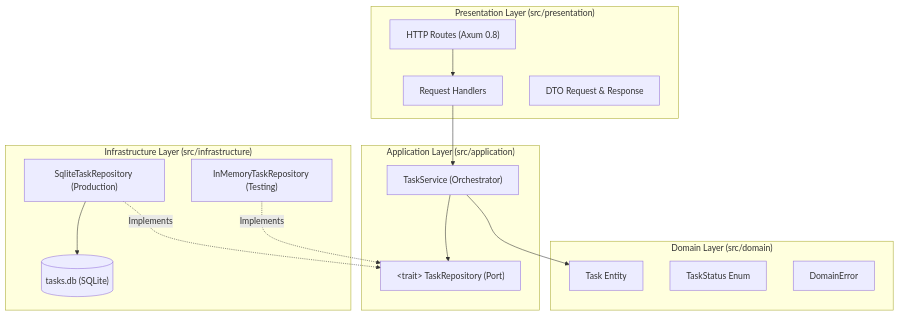
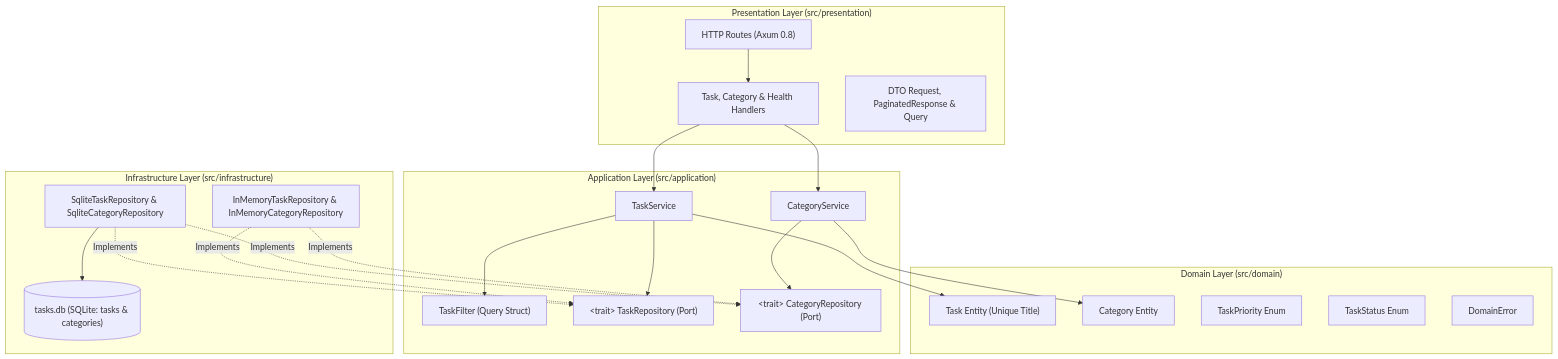
The diagram in DOCS/WORKFLOW.md (BoloTechno/rustapi), drawn with Mermaid before and after one commit. The commit also changed 40 other files, not shown here.

````diff
--- a/DOCS/WORKFLOW.md
+++ b/DOCS/WORKFLOW.md
@@ -11,33 +11,44 @@
 ```mermaid
 graph TD
     subgraph Presentation ["Presentation Layer (src/presentation)"]
         Routes["HTTP Routes (Axum 0.8)"]
-        Handlers["Request Handlers"]
-        DTO["DTO Request & Response"]
+        Handlers["Task, Category & Health Handlers"]
+        DTO["DTO Request, PaginatedResponse & Query"]
     end
 
     subgraph Application ["Application Layer (src/application)"]
-        TaskService["TaskService (Orchestrator)"]
+        TaskService["TaskService"]
+        CategoryService["CategoryService"]
+        TaskFilterStruct["TaskFilter (Query Struct)"]
         TaskRepositoryPort["&lt;trait&gt; TaskRepository (Port)"]
+        CategoryRepositoryPort["&lt;trait&gt; CategoryRepository (Port)"]
     end
 
     subgraph Domain ["Domain Layer (src/domain)"]
-        TaskEntity["Task Entity"]
+        TaskEntity["Task Entity (Unique Title)"]
+        CategoryEntity["Category Entity"]
+        TaskPriorityEnum["TaskPriority Enum"]
         TaskStatusEnum["TaskStatus Enum"]
         DomainErrors["DomainError"]
     end
 
     subgraph Infrastructure ["Infrastructure Layer (src/infrastructure)"]
-        SqliteRepo["SqliteTaskRepository (Production)"]
-        InMemoryRepo["InMemoryTaskRepository (Testing)"]
-        Database[("tasks.db (SQLite)")]
+        SqliteRepo["SqliteTaskRepository & SqliteCategoryRepository"]
+        InMemoryRepo["InMemoryTaskRepository & InMemoryCategoryRepository"]
+        Database[("tasks.db (SQLite: tasks & categories)")]
     end
 
     Routes --> Handlers
     Handlers --> TaskService
+    Handlers --> CategoryService
     TaskService --> TaskEntity
+    TaskService --> TaskFilterStruct
     TaskService --> TaskRepositoryPort
+    CategoryService --> CategoryEntity
+    CategoryService --> CategoryRepositoryPort
     SqliteRepo -.->|Implements| TaskRepositoryPort
+    SqliteRepo -.->|Implements| CategoryRepositoryPort
     InMemoryRepo -.->|Implements| TaskRepositoryPort
+    InMemoryRepo -.->|Implements| CategoryRepositoryPort
     SqliteRepo --> Database
 ```
````
